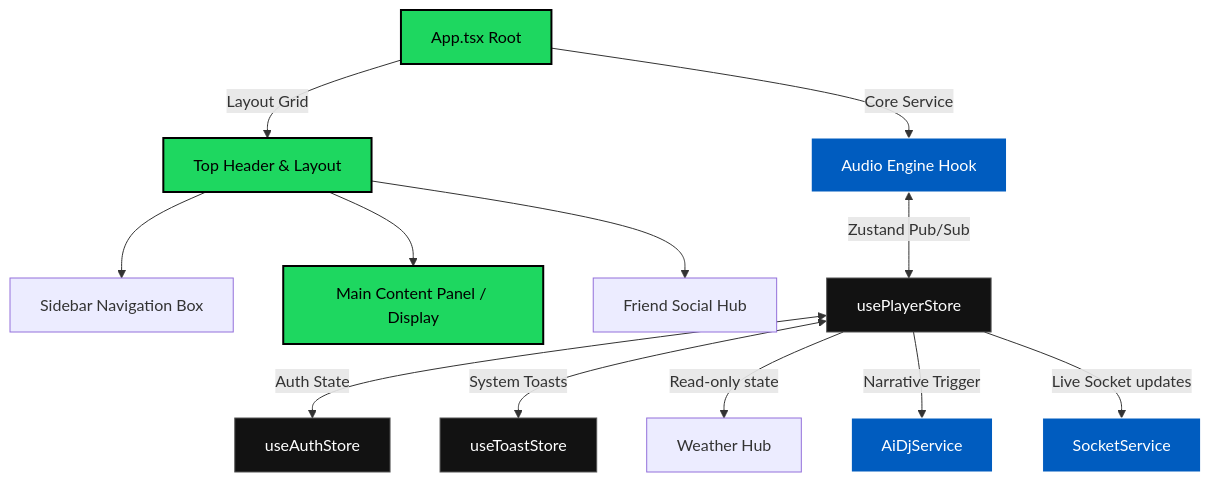
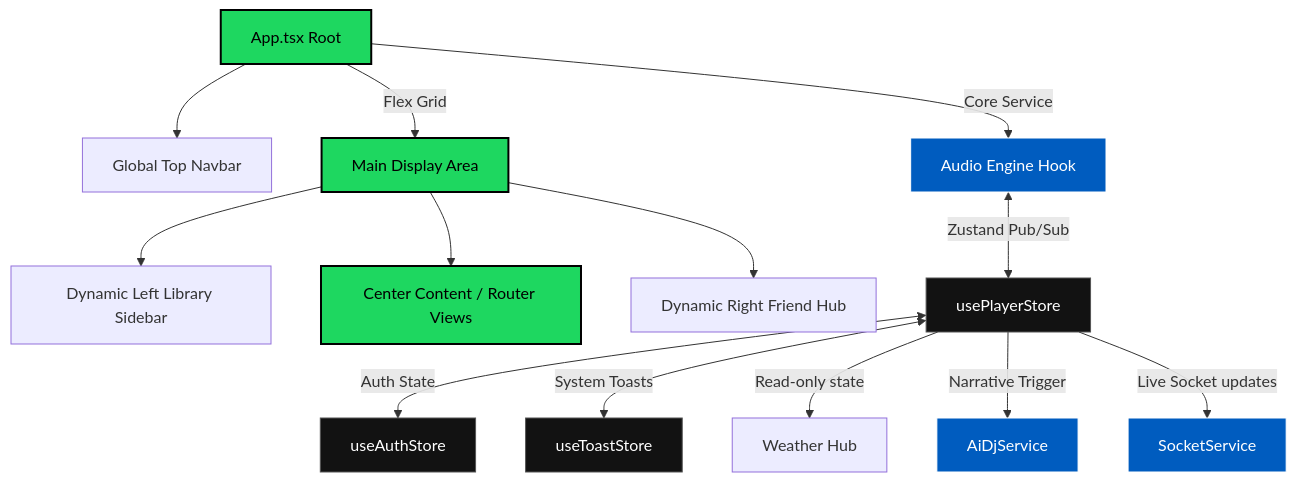
The first of 2 diagrams in ARCHITECTURE.md (Sarvadnya07/spotify-clone), drawn with Mermaid before and after one commit. The commit also changed 4 other files, not shown here.

````diff
--- a/ARCHITECTURE.md
+++ b/ARCHITECTURE.md
@@ -15,25 +15,26 @@
 ```mermaid
 graph TD
-    App[App.tsx Root] --> |Layout Grid| Layout[Top Header & Layout]
-    Layout --> Sidebar[Sidebar Navigation Box]
-    Layout --> Main[Main Content Panel / Display]
-    Layout --> FriendSocial[Friend Social Hub]
+    App[App.tsx Root] --> Navbar[Global Top Navbar]
+    App --> |Flex Grid| Layout[Main Display Area]
+    Layout --> Sidebar[Dynamic Left Library Sidebar]
+    Layout --> Main[Center Content / Router Views]
+    Layout --> FriendSocial[Dynamic Right Friend Hub]
     
     App --> |Core Service| AudioEngine[Audio Engine Hook]
     AudioEngine <--> |Zustand Pub/Sub| Store[usePlayerStore]
     
     Store <--> |Auth State| AuthStore[useAuthStore]
     Store <--> |System Toasts| ToastStore[useToastStore]
     
     Store --> |Read-only state| WeatherTelemetry[Weather Hub]
     Store --> |Narrative Trigger| AIDJService[AiDjService]
     Store --> |Live Socket updates| SocketService[SocketService]
     
     classDef main fill:#1ed760,stroke:#000,stroke-width:2px,color:#000;
     classDef store fill:#121212,stroke:#555,stroke-width:1px,color:#fff;
     classDef service fill:#005cbf,stroke:#fff,stroke-width:1px,color:#fff;
     
     class App,Layout,Main main;
     class Store,AuthStore,ToastStore store;
     class AudioEngine,AIDJService,SocketService service;
 ```
````
